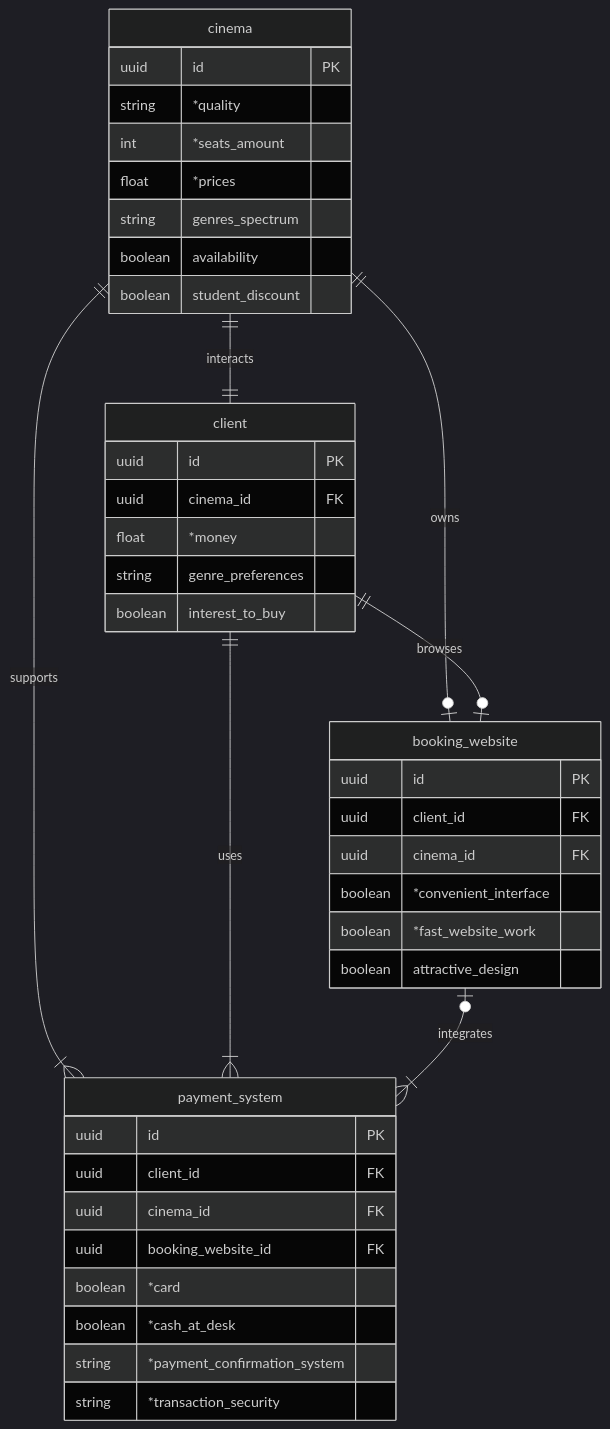
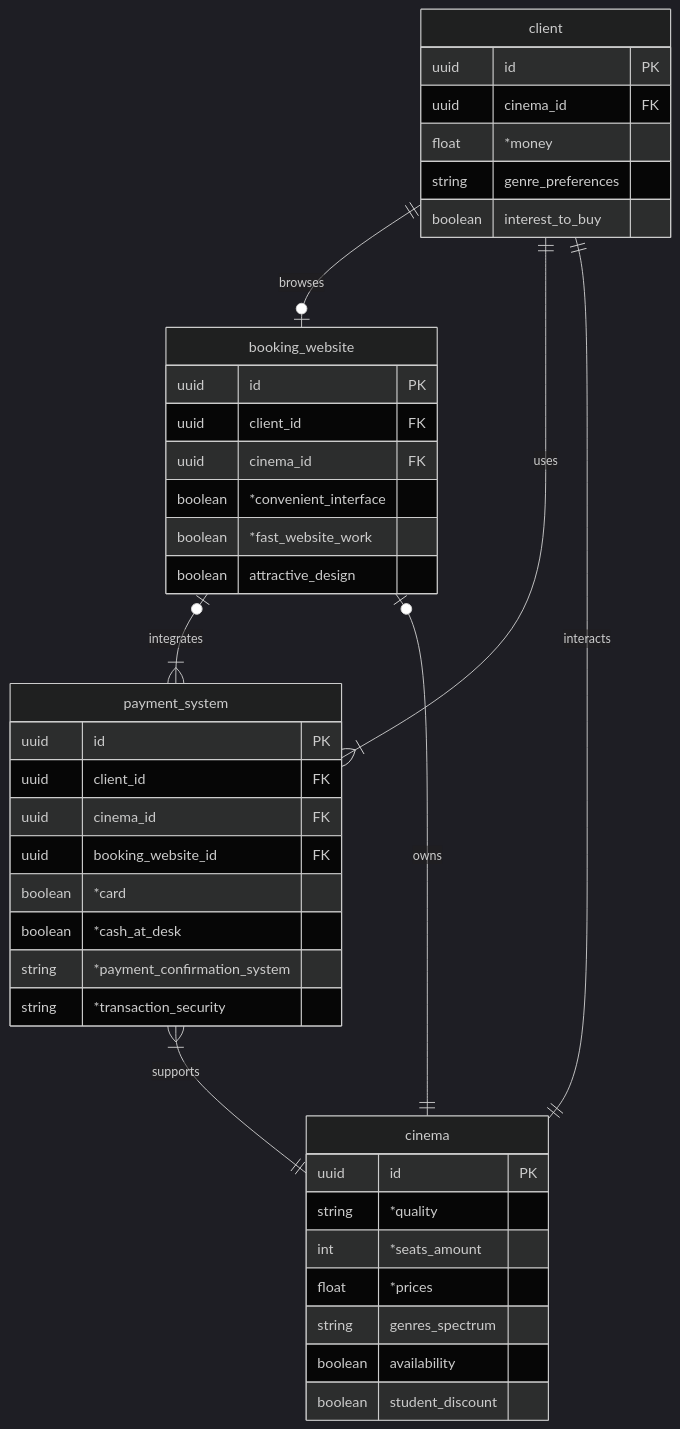
Before and after one commit to Cheburek534/KPI2_labs: the diagram in Lab1/model.mmd, drawn with Mermaid (dark theme).

Commit message:
Visual 2  update ER-model(AI)

```diff
--- a/Lab1/model.mmd
+++ b/Lab1/model.mmd
@@ -1,44 +1,45 @@
 erDiagram
+    %% Будуємо периметр
+    client ||--o| booking_website : browses
+    booking_website o|--|{ payment_system : integrates
+    payment_system }|--|| cinema : supports
     cinema ||--|| client : interacts
-    cinema ||--|{ payment_system : supports
+
+    %% Додаємо внутрішні перехресні зв'язки
+    client ||--|{ payment_system : uses
     cinema ||--o| booking_website : owns
-    
-    client ||--|{ payment_system : uses
-    client ||--o| booking_website : browses
-    
-    booking_website o|--|{ payment_system : integrates
 
     client {
         uuid id PK
         uuid cinema_id FK
         float *money
         string genre_preferences
         boolean interest_to_buy
     }
     cinema {
         uuid id PK
         string *quality
         int *seats_amount
         float *prices
         string genres_spectrum
         boolean availability
         boolean student_discount
     }
     payment_system {
         uuid id PK
         uuid client_id FK
         uuid cinema_id FK
         uuid booking_website_id FK
         boolean *card
         boolean *cash_at_desk
         string *payment_confirmation_system
         string *transaction_security
     }
     booking_website {
         uuid id PK
         uuid client_id FK
         uuid cinema_id FK
         boolean *convenient_interface
         boolean *fast_website_work
         boolean attractive_design
     }
```
